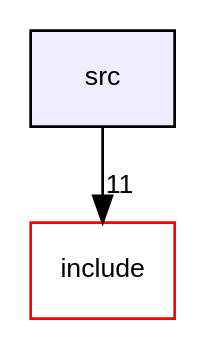
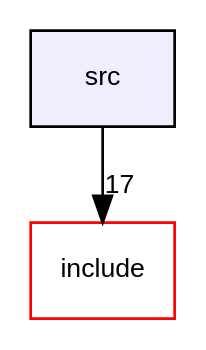
One commit to aka1ha2n3e/project00 changed the diagram in document/ドキュメント/dir_68267d1309a1af8e8297ef4c3efbcdba_dep.dot. Above: the diagram before and after it, drawn with Graphviz. The commit also changed 365 other files, not shown here.

```diff
--- a/document/ドキュメント/dir_68267d1309a1af8e8297ef4c3efbcdba_dep.dot
+++ b/document/ドキュメント/dir_68267d1309a1af8e8297ef4c3efbcdba_dep.dot
@@ -1,8 +1,8 @@
 digraph "src" {
   compound=true
   node [ fontsize="10", fontname="Helvetica"];
   edge [ labelfontsize="10", labelfontname="Helvetica"];
   dir_68267d1309a1af8e8297ef4c3efbcdba [shape=box, label="src", style="filled", fillcolor="#eeeeff", pencolor="black", URL="dir_68267d1309a1af8e8297ef4c3efbcdba.html"];
   dir_d44c64559bbebec7f509842c48db8b23 [shape=box label="include" fillcolor="white" style="filled" color="red" URL="dir_d44c64559bbebec7f509842c48db8b23.html"];
-  dir_68267d1309a1af8e8297ef4c3efbcdba->dir_d44c64559bbebec7f509842c48db8b23 [headlabel="11", labeldistance=1.5 headhref="dir_000008_000000.html"];
+  dir_68267d1309a1af8e8297ef4c3efbcdba->dir_d44c64559bbebec7f509842c48db8b23 [headlabel="17", labeldistance=1.5 headhref="dir_000009_000000.html"];
 }
```
